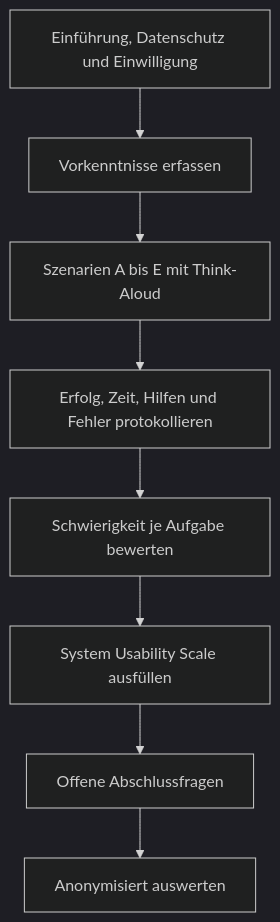
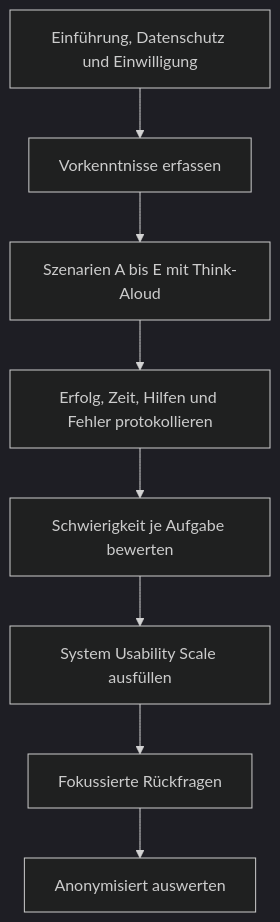
Before and after one commit to sammo3332/routing-simulator-hci-concept: the third of 3 diagrams in docs/hci/HCI_EVALUATION.md, drawn with Mermaid (dark theme). The commit also changed other lines of this file and 18 other files, not shown here.

Commit message:
feat: add GraphML import and study plan

````diff
--- a/docs/hci/HCI_EVALUATION.md
+++ b/docs/hci/HCI_EVALUATION.md
@@ -261,14 +269,14 @@
 ```mermaid
 flowchart TB
     CONSENT["Einführung, Datenschutz und Einwilligung"]
     PRIOR["Vorkenntnisse erfassen"]
     TASKS["Szenarien A bis E mit Think-Aloud"]
     RECORD["Erfolg, Zeit, Hilfen und Fehler protokollieren"]
     RATING["Schwierigkeit je Aufgabe bewerten"]
     SUS["System Usability Scale ausfüllen"]
-    INTERVIEW["Offene Abschlussfragen"]
+    INTERVIEW["Fokussierte Rückfragen"]
     ANALYSIS["Anonymisiert auswerten"]
 
     CONSENT --> PRIOR --> TASKS --> RECORD
     RECORD --> RATING --> SUS --> INTERVIEW --> ANALYSIS
 ```
````
